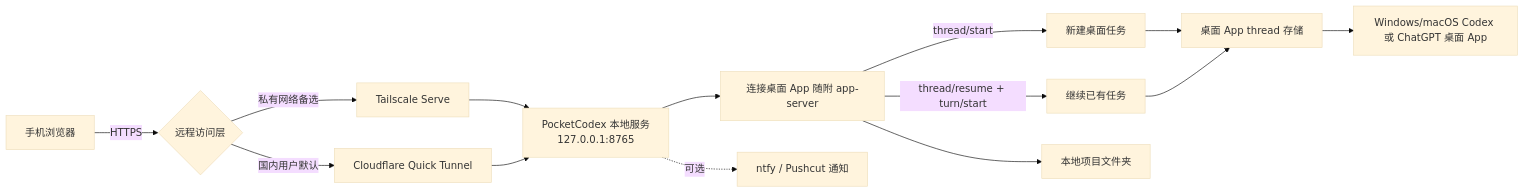
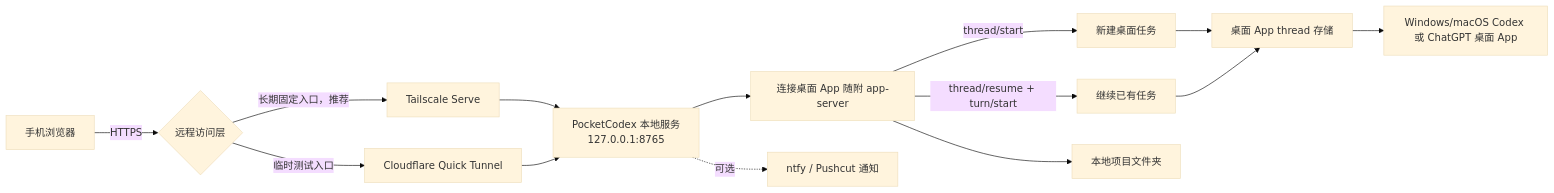
Before and after one commit to wanlixing-dream/Pocket-Codex: the diagram in README.md, drawn with Mermaid (base theme). The commit also changed other lines of this file and 2 other files, not shown here.

Commit message:
Document stable Tailscale Serve access

````diff
--- a/README.md
+++ b/README.md
@@ -34,16 +34,16 @@
 ```mermaid
 flowchart LR
     Phone[手机浏览器] -->|HTTPS| Access{远程访问层}
-    Access -->|国内用户默认| CF[Cloudflare Quick Tunnel]
-    Access -->|私有网络备选| TS[Tailscale Serve]
+    Access -->|长期固定入口，推荐| TS[Tailscale Serve]
+    Access -->|临时测试入口| CF[Cloudflare Quick Tunnel]
     TS --> Server[PocketCodex 本地服务<br/>127.0.0.1:8765]
     CF --> Server
     Server --> Bridge[连接桌面 App 随附 app-server]
     Bridge -->|thread/start| New[新建桌面任务]
     Bridge -->|thread/resume + turn/start| Resume[继续已有任务]
     New --> Store[桌面 App thread 存储]
     Resume --> Store
     Store --> Desktop[Windows/macOS Codex 或 ChatGPT 桌面 App]
     Bridge --> Workspace[本地项目文件夹]
     Server -.可选.-> Notify[ntfy / Pushcut 通知]
 ```
````
